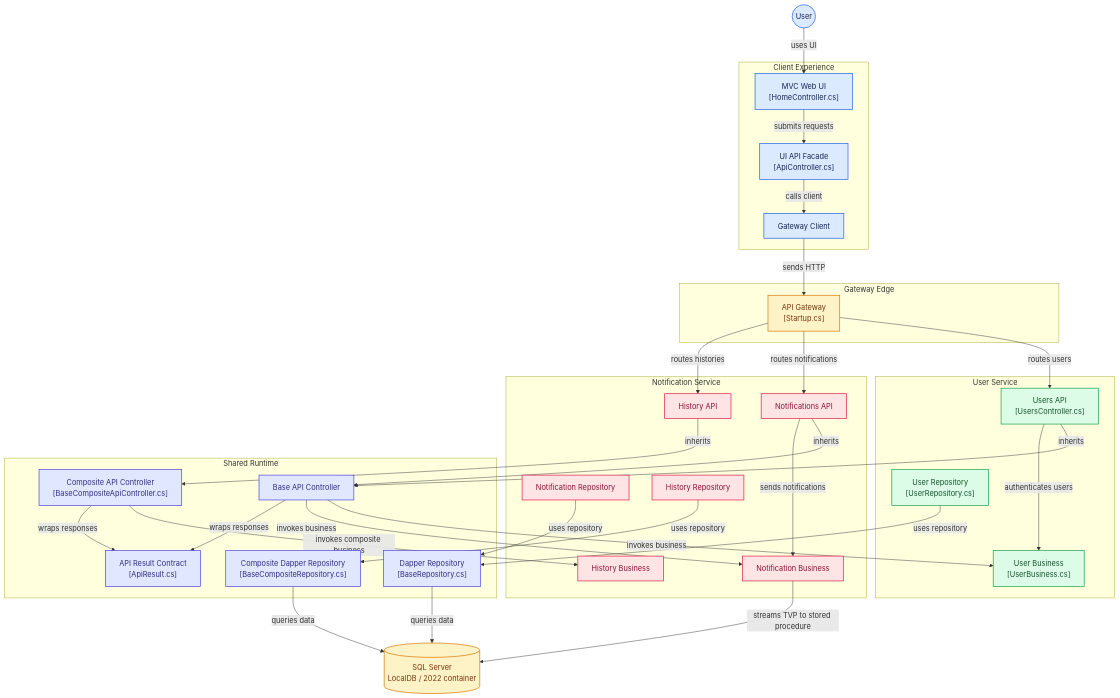
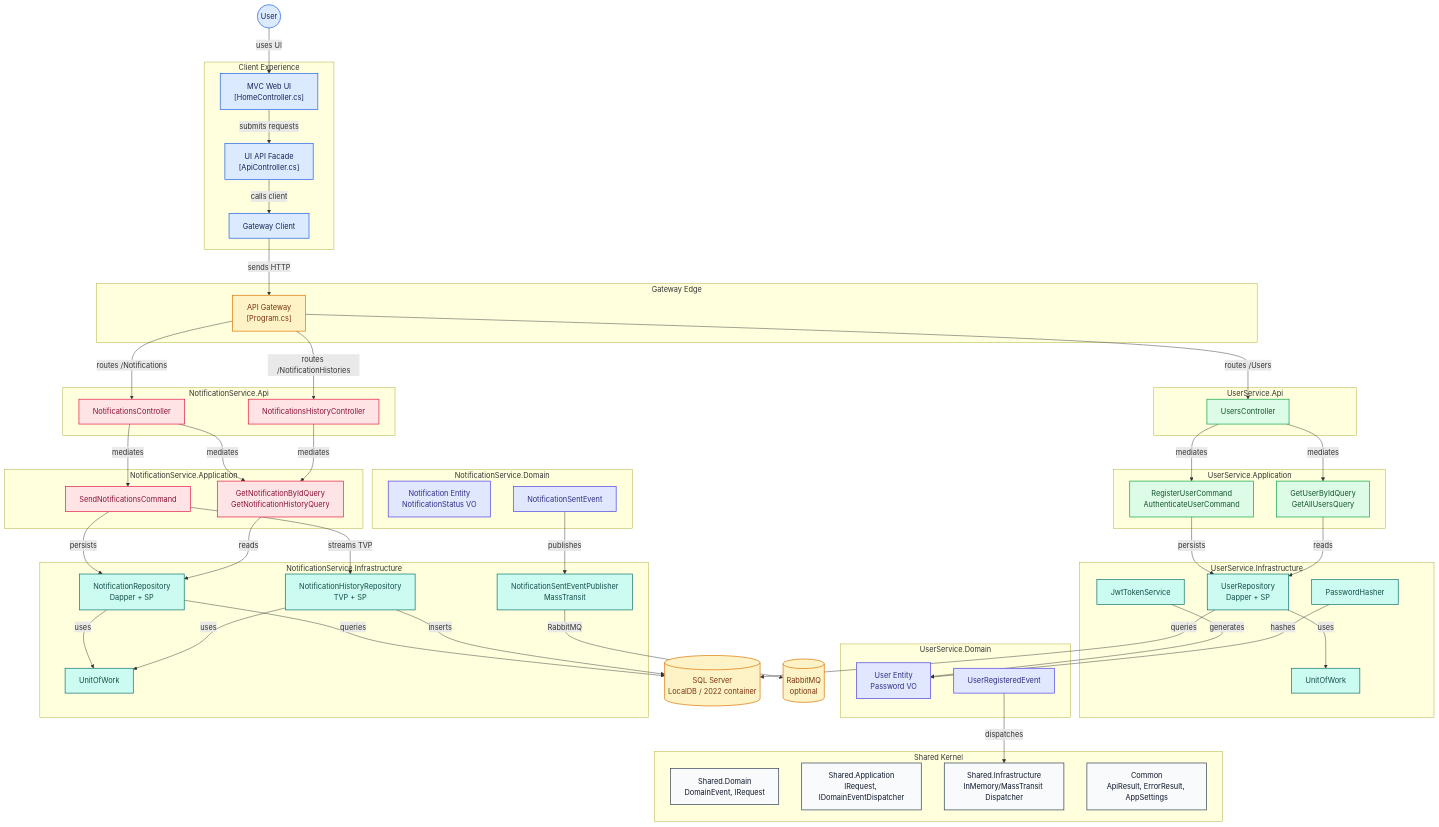
The diagram in README.md (ahmadmdabit/NotificationSystem), drawn with Mermaid before and after one commit. The commit also changed other lines of this file, not shown here.

Commit message:
docs: update README for Clean Architecture + CQRS + DDD migration
- Architecture diagram: show Domain/Application/Infrastructure/Api layers per service
- Project structure: reflect new CQRS layout with Shared Kernel
- Tech Stack: add MassTransit, FluentValidation, ArchUnitNET
- Security: update to new Infrastructure services (PasswordHasher, JwtTokenService)
- Database: add stored procedures for writes, Dapper for reads
- Architecture Details: replace N-Tier with Clean Architecture + CQRS + DDD
- Adding New Features: update to CQRS command/query workflow
- Running commands: fix paths to UserService.Api and NotificationService.Api

````diff
--- a/README.md
+++ b/README.md
@@ -69,77 +68,91 @@
 end
 
 subgraph group_edge["Gateway Edge"]
-  node_gateway["API Gateway<br/>[Startup.cs]"]
+  node_gateway["API Gateway<br/>[Program.cs]"]
 end
 
-subgraph group_users["User Service"]
-  node_user_api["Users API<br/>[UsersController.cs]"]
-  node_user_business["User Business<br/>[UserBusiness.cs]"]
-  node_user_repository["User Repository<br/>[UserRepository.cs]"]
+subgraph group_user_api["UserService.Api"]
+  node_user_api["UsersController"]
 end
 
-subgraph group_notifications["Notification Service"]
-  node_notification_api["Notifications API"]
-  node_history_api["History API"]
-  node_notification_business["Notification Business"]
-  node_history_business["History Business"]
-  node_notification_repository["Notification Repository"]
-  node_history_repository["History Repository"]
+subgraph group_user_app["UserService.Application"]
+  node_user_cmd["RegisterUserCommand<br/>AuthenticateUserCommand"]
+  node_user_query["GetUserByIdQuery<br/>GetAllUsersQuery"]
 end
 
-subgraph group_shared["Shared Runtime"]
-  node_base_api["Base API Controller"]
-  node_base_composite_api["Composite API Controller<br/>[BaseCompositeApiController.cs]"]
-  node_base_repository["Dapper Repository<br/>[BaseRepository.cs]"]
-  node_base_composite_repository["Composite Dapper Repository<br/>[BaseCompositeRepository.cs]"]
-  node_api_result["API Result Contract<br/>[ApiResult.cs]"]
+subgraph group_user_infra["UserService.Infrastructure"]
+  node_user_repo["UserRepository<br/>Dapper + SP"]
+  node_user_uow["UnitOfWork"]
+  node_user_jwt["JwtTokenService"]
+  node_user_pwd["PasswordHasher"]
+end
+
+subgraph group_user_domain["UserService.Domain"]
+  node_user_entity["User Entity<br/>Password VO"]
+  node_user_event["UserRegisteredEvent"]
+end
+
+subgraph group_notif_api["NotificationService.Api"]
+  node_notif_api["NotificationsController"]
+  node_history_api["NotificationsHistoryController"]
+end
+
+subgraph group_notif_app["NotificationService.Application"]
+  node_notif_cmd["SendNotificationsCommand"]
+  node_notif_query["GetNotificationByIdQuery<br/>GetNotificationHistoryQuery"]
+end
+
+subgraph group_notif_infra["NotificationService.Infrastructure"]
+  node_notif_repo["NotificationRepository<br/>Dapper + SP"]
+  node_history_repo["NotificationHistoryRepository<br/>TVP + SP"]
+  node_notif_uow["UnitOfWork"]
+  node_notif_publisher["NotificationSentEventPublisher<br/>MassTransit"]
+end
+
+subgraph group_notif_domain["NotificationService.Domain"]
+  node_notif_entity["Notification Entity<br/>NotificationStatus VO"]
+  node_notif_event["NotificationSentEvent"]
+end
+
+subgraph group_shared["Shared Kernel"]
+  node_shared_domain["Shared.Domain<br/>DomainEvent, IRequest"]
+  node_shared_app["Shared.Application<br/>IRequest, IDomainEventDispatcher"]
+  node_shared_infra["Shared.Infrastructure<br/>InMemory/MassTransit Dispatcher"]
+  node_common["Common<br/>ApiResult, ErrorResult, AppSettings"]
 end
 
 node_user_actor(("User"))
 node_sql_server[("SQL Server<br/>LocalDB / 2022 container")]
+node_rabbitmq[("RabbitMQ<br/>optional")]
 
 node_user_actor -->|"uses UI"| node_ui_web
 node_ui_web -->|"submits requests"| node_ui_api
 node_ui_api -->|"calls client"| node_gateway_client
 node_gateway_client -->|"sends HTTP"| node_gateway
-node_gateway -->|"routes users"| node_user_api
-node_gateway -->|"routes notifications"| node_notification_api
-node_gateway -->|"routes histories"| node_history_api
-node_user_api -->|"inherits"| node_base_api
-node_notification_api -->|"inherits"| node_base_api
-node_history_api -->|"inherits"| node_base_composite_api
-node_user_api -->|"authenticates users"| node_user_business
-node_notification_api -->|"sends notifications"| node_notification_business
-node_base_api -->|"invokes business"| node_user_business
-node_base_api -->|"invokes business"| node_notification_business
-node_base_composite_api -->|"invokes composite business"| node_history_business
-node_base_api -->|"wraps responses"| node_api_result
-node_base_composite_api -->|"wraps responses"| node_api_result
-node_base_repository -->|"queries data"| node_sql_server
-node_base_composite_repository -->|"queries data"| node_sql_server
-node_notification_business -->|"streams TVP to stored procedure"| node_sql_server
-node_user_repository -->|"uses repository"| node_base_repository
-node_notification_repository -->|"uses repository"| node_base_repository
-node_history_repository -->|"uses repository"| node_base_composite_repository
-
-click node_ui_web "https://github.com/ahmadmdabit/notificationsystem/blob/master/UI/Controllers/HomeController.cs"
-click node_ui_api "https://github.com/ahmadmdabit/notificationsystem/blob/master/UI/Controllers/ApiController.cs"
-click node_gateway_client "https://github.com/ahmadmdabit/notificationsystem/blob/master/UI/Services/GatewayApiClient.cs"
-click node_gateway "https://github.com/ahmadmdabit/notificationsystem/blob/master/ApiGateway/Startup.cs"
-click node_user_api "https://github.com/ahmadmdabit/notificationsystem/blob/master/UserService/Controllers/UsersController.cs"
-click node_user_business "https://github.com/ahmadmdabit/notificationsystem/blob/master/UserService/Businesses/UserBusiness.cs"
-click node_user_repository "https://github.com/ahmadmdabit/notificationsystem/blob/master/UserService/Repositories/UserRepository.cs"
-click node_notification_api "https://github.com/ahmadmdabit/notificationsystem/blob/master/NotificationService/Controllers/NotificationsController.cs"
-click node_history_api "https://github.com/ahmadmdabit/notificationsystem/blob/master/NotificationService/Controllers/NotificationsHistoryController.cs"
-click node_notification_business "https://github.com/ahmadmdabit/notificationsystem/blob/master/NotificationService/Businesses/NotificationBusiness.cs"
-click node_history_business "https://github.com/ahmadmdabit/notificationsystem/blob/master/NotificationService/Businesses/NotificationHistoryBusiness.cs"
-click node_notification_repository "https://github.com/ahmadmdabit/notificationsystem/blob/master/NotificationService/Repositories/NotificationRepository.cs"
-click node_history_repository "https://github.com/ahmadmdabit/notificationsystem/blob/master/NotificationService/Repositories/NotificationHistoryRepository.cs"
-click node_base_api "https://github.com/ahmadmdabit/notificationsystem/blob/master/API/Controller/BaseApiController.cs"
-click node_base_composite_api "https://github.com/ahmadmdabit/notificationsystem/blob/master/API/Controller/BaseCompositeApiController.cs"
-click node_base_repository "https://github.com/ahmadmdabit/notificationsystem/blob/master/DAL/Repository/BaseRepository.cs"
-click node_base_composite_repository "https://github.com/ahmadmdabit/notificationsystem/blob/master/DAL/Repository/BaseCompositeRepository.cs"
-click node_api_result "https://github.com/ahmadmdabit/notificationsystem/blob/master/Common/Helpers/ApiResult.cs"
+node_gateway -->|"routes /Users"| node_user_api
+node_gateway -->|"routes /Notifications"| node_notif_api
+node_gateway -->|"routes /NotificationHistories"| node_history_api
+node_user_api -->|"mediates"| node_user_cmd
+node_user_api -->|"mediates"| node_user_query
+node_user_cmd -->|"persists"| node_user_repo
+node_user_query -->|"reads"| node_user_repo
+node_user_repo -->|"uses"| node_user_uow
+node_user_jwt -->|"generates"| node_user_entity
+node_user_pwd -->|"hashes"| node_user_entity
+node_user_event -->|"dispatches"| node_shared_infra
+node_notif_api -->|"mediates"| node_notif_cmd
+node_notif_api -->|"mediates"| node_notif_query
+node_history_api -->|"mediates"| node_notif_query
+node_notif_cmd -->|"persists"| node_notif_repo
+node_notif_cmd -->|"streams TVP"| node_history_repo
+node_notif_query -->|"reads"| node_notif_repo
+node_notif_repo -->|"uses"| node_notif_uow
+node_history_repo -->|"uses"| node_notif_uow
+node_notif_event -->|"publishes"| node_notif_publisher
+node_notif_publisher -->|"RabbitMQ"| node_rabbitmq
+node_user_repo -->|"queries"| node_sql_server
+node_notif_repo -->|"queries"| node_sql_server
+node_history_repo -->|"inserts"| node_sql_server
 
 classDef toneNeutral fill:#f8fafc,stroke:#334155,stroke-width:1.5px,color:#0f172a
 classDef toneBlue fill:#dbeafe,stroke:#2563eb,stroke-width:1.5px,color:#172554
@@ -149,8 +162,12 @@
 classDef toneIndigo fill:#e0e7ff,stroke:#4f46e5,stroke-width:1.5px,color:#312e81
 classDef toneTeal fill:#ccfbf1,stroke:#0f766e,stroke-width:1.5px,color:#134e4a
 class node_ui_web,node_ui_api,node_gateway_client,node_user_actor toneBlue
-class node_gateway,node_sql_server toneAmber
-class node_user_api,node_user_business,node_user_repository toneMint
-class node_notification_api,node_history_api,node_notification_business,node_history_business,node_notification_repository,node_history_repository toneRose
-class node_base_api,node_base_composite_api,node_base_repository,node_base_composite_repository,node_api_result toneIndigo
+class node_gateway,node_sql_server,node_rabbitmq toneAmber
+class node_user_api,node_user_cmd,node_user_query toneMint
+class node_user_infra,node_user_repo,node_user_uow,node_user_jwt,node_user_pwd toneTeal
+class node_user_domain,node_user_entity,node_user_event toneIndigo
+class node_notif_api,node_history_api,node_notif_cmd,node_notif_query toneRose
+class node_notif_infra,node_notif_repo,node_history_repo,node_notif_uow,node_notif_publisher toneTeal
+class node_notif_domain,node_notif_entity,node_notif_event toneIndigo
+class node_shared_domain,node_shared_app,node_shared_infra,node_common toneNeutral
 ```
````
